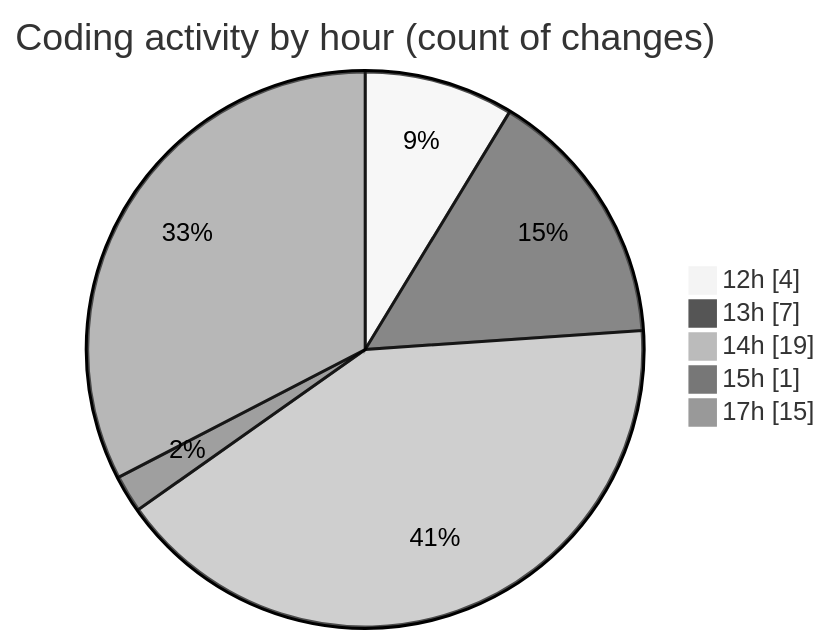
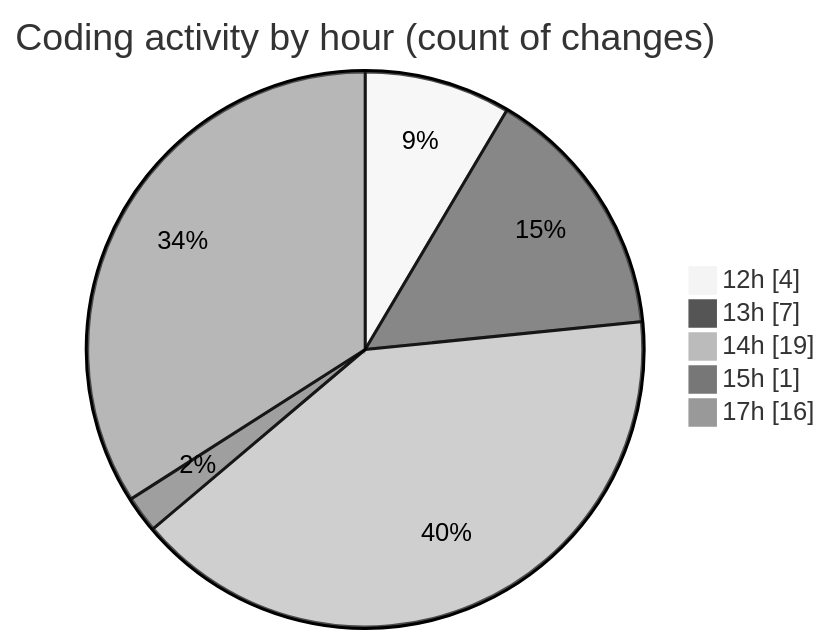
Before and after one commit to MatusMokan/code-tracking: the second of 2 diagrams in 2025-10-25/untitled__workspace_/README.md, drawn with Mermaid (neutral theme). The commit also changed other lines of this file and 1 other file, not shown here.

````diff
--- a/2025-10-25/untitled__workspace_/README.md
+++ b/2025-10-25/untitled__workspace_/README.md
@@ -30,9 +30,9 @@
 ```mermaid
 pie showData
 title Coding activity by hour (count of changes)
 "12h" : 4
 "13h" : 7
 "14h" : 19
 "15h" : 1
-"17h" : 15
+"17h" : 16
 ```
````
